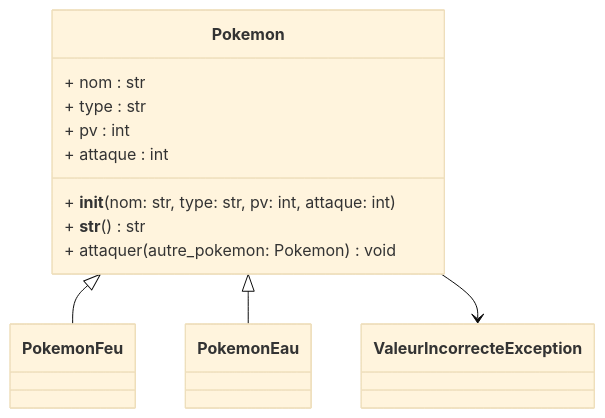
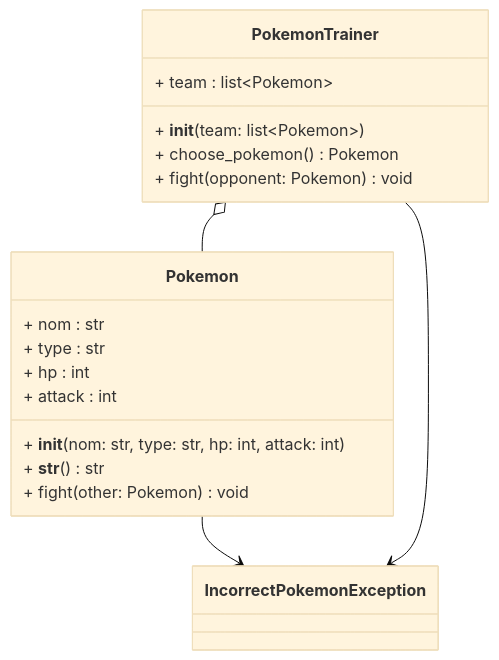
Before and after one commit to aldevgen/aldevgen.github.io: the first of 2 diagrams in _formations/oop/4_exceptions.md, drawn with Mermaid (base theme). The commit also changed other lines of this file, not shown here.

Commit message:
Update Pokemon exercise

````diff
--- a/_formations/oop/4_exceptions.md
+++ b/_formations/oop/4_exceptions.md
@@ -26,19 +38,24 @@
 ```mermaid
 classDiagram
     class Pokemon {
         + nom : str
         + type : str
-        + pv : int
-        + attaque : int
-        + __init__(nom: str, type: str, pv: int, attaque: int)
+        + hp : int
+        + attack : int
+        + __init__(nom: str, type: str, hp: int, attack: int)
         + __str__() str
-        + attaquer(autre_pokemon: Pokemon) void
+        + fight(other: Pokemon) void
     }
     
-    class PokemonFeu
-    class PokemonEau
-    Pokemon <|-- PokemonFeu
-    Pokemon <|-- PokemonEau
-    class ValeurIncorrecteException
-    Pokemon --> ValeurIncorrecteException
+    class PokemonTrainer {
+        + team : list~Pokemon~
+        + __init__(team: list~Pokemon~)
+        + choose_pokemon() Pokemon
+        + fight(opponent: Pokemon) void
+    }
+    PokemonTrainer o-- Pokemon
+    
+    class IncorrectPokemonException
+    Pokemon --> IncorrectPokemonException
+    PokemonTrainer --> IncorrectPokemonException
 ```
````
